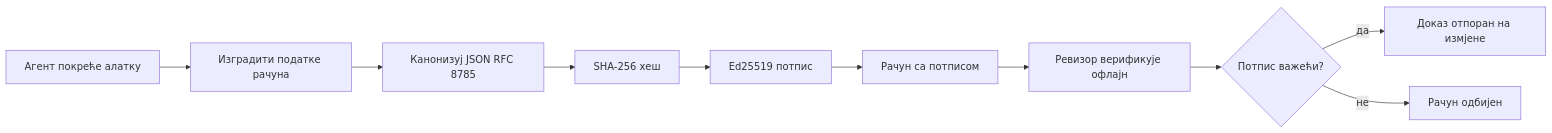
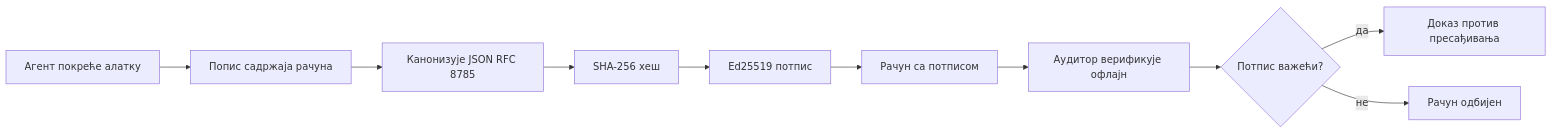
The first of 2 diagrams in mirrors/repos/microsoft@ai-agents-for-beginners/translations/sr/18-securing-ai-agents/README.md (gabrielmoreira/agent-skills-mirror), drawn with Mermaid before and after one commit. The commit also changed other lines of this file and 2285 other files, not shown here.

````diff
--- a/mirrors/repos/microsoft@ai-agents-for-beginners/translations/sr/18-securing-ai-agents/README.md
+++ b/mirrors/repos/microsoft@ai-agents-for-beginners/translations/sr/18-securing-ai-agents/README.md
@@ -51,12 +51,12 @@
 ```mermaid
 flowchart LR
-    A[Агент покреће алатку] --> B[Изградити податке рачуна]
-    B --> C[Канонизуј JSON RFC 8785]
+    A[Агент покреће алатку] --> B[Попис садржаја рачуна]
+    B --> C[Канонизује JSON RFC 8785]
     C --> D[SHA-256 хеш]
-    D --> E[Ed25519 потпис]
+    D --> E[Еd25519 потпис]
     E --> F[Рачун са потписом]
-    F --> G[Ревизор верификује офлајн]
+    F --> G[Аудитор верификује офлајн]
     G --> H{Потпис важећи?}
-    H -- да --> I[Доказ отпоран на измјене]
+    H -- да --> I[Доказ против пресађивања]
     H -- не --> J[Рачун одбијен]
 ```
````
